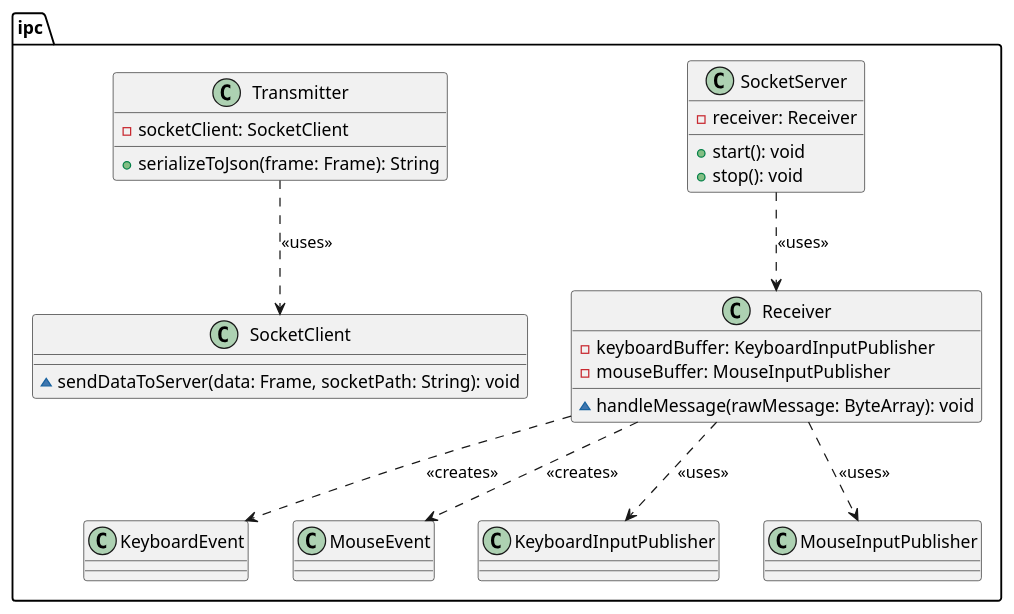
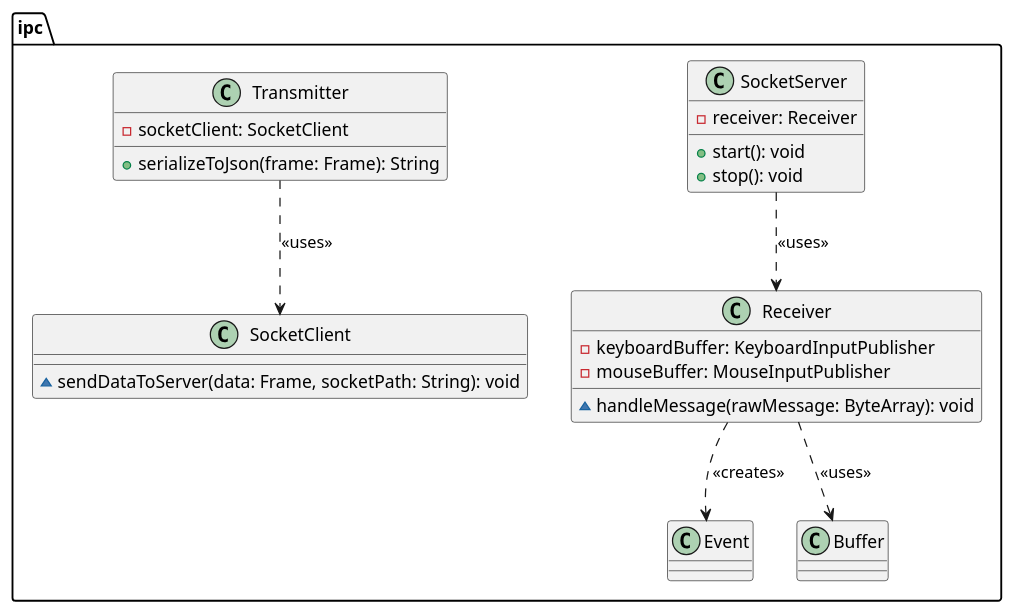
Before and after one commit to Pending-Name-21/arquitecture: the diagram in uml/frontend-software-system/ipc.puml, drawn with PlantUML. The commit also changed 1 other file, not shown here.

Commit message:
chore: added a buffer to store events
Buffer stores Events and the IPublisher instances use them.

```diff
--- a/uml/frontend-software-system/ipc.puml
+++ b/uml/frontend-software-system/ipc.puml
@@ -1,42 +1,40 @@
 @startuml
 package ipc {
 /'
 ------------------------------
 Server
 ------------------------------
 '/
     ' The channel
     class SocketServer {
         -receiver: Receiver
         +start(): void
         +stop(): void
     }
     SocketServer ..> Receiver: <<uses>>
 
     class Receiver {
         -keyboardBuffer: KeyboardInputPublisher
         -mouseBuffer: MouseInputPublisher
         ~handleMessage(rawMessage: ByteArray): void
     }
-    Receiver ..> KeyboardEvent: <<creates>>
-    Receiver ..> MouseEvent: <<creates>>
-    Receiver ..> KeyboardInputPublisher: <<uses>>
-    Receiver ..> MouseInputPublisher: <<uses>>
+    Receiver ..> Event: <<creates>>
+    Receiver ..> Buffer: <<uses>>
 
 /'
 ------------------------------
 Client
 ------------------------------
 '/
     ' The channel
     class SocketClient {
         ~sendDataToServer(data: Frame, socketPath: String): void
     }
 
     class Transmitter {
         -socketClient: SocketClient
         +serializeToJson(frame: Frame): String
     }
     Transmitter ..> SocketClient: <<uses>>
 }
 @enduml
```
